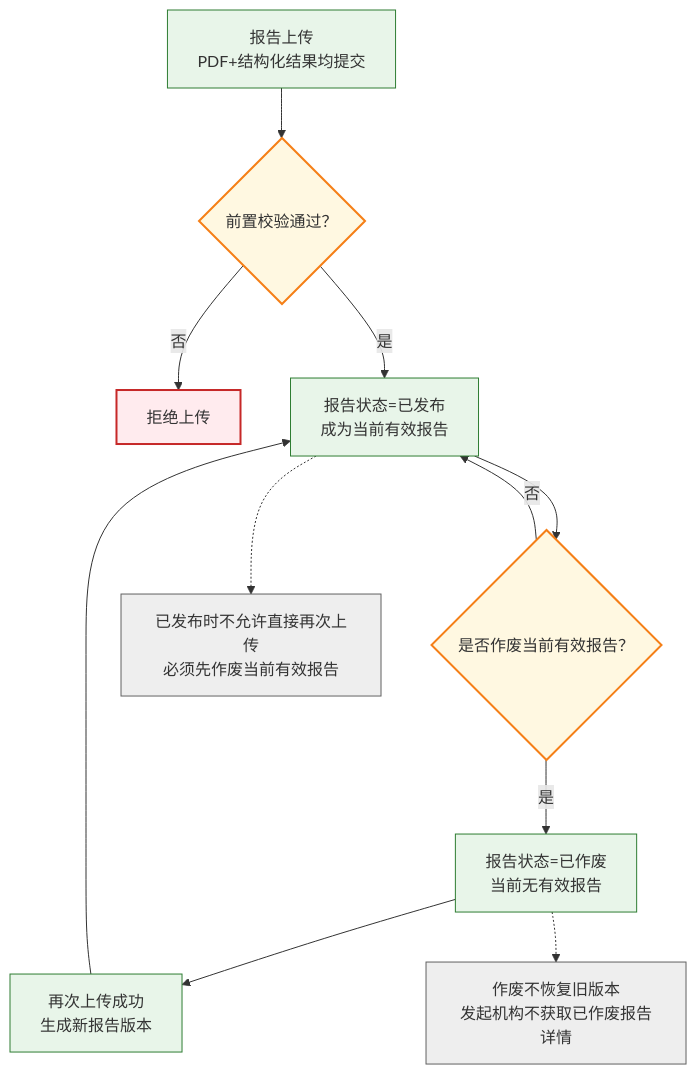
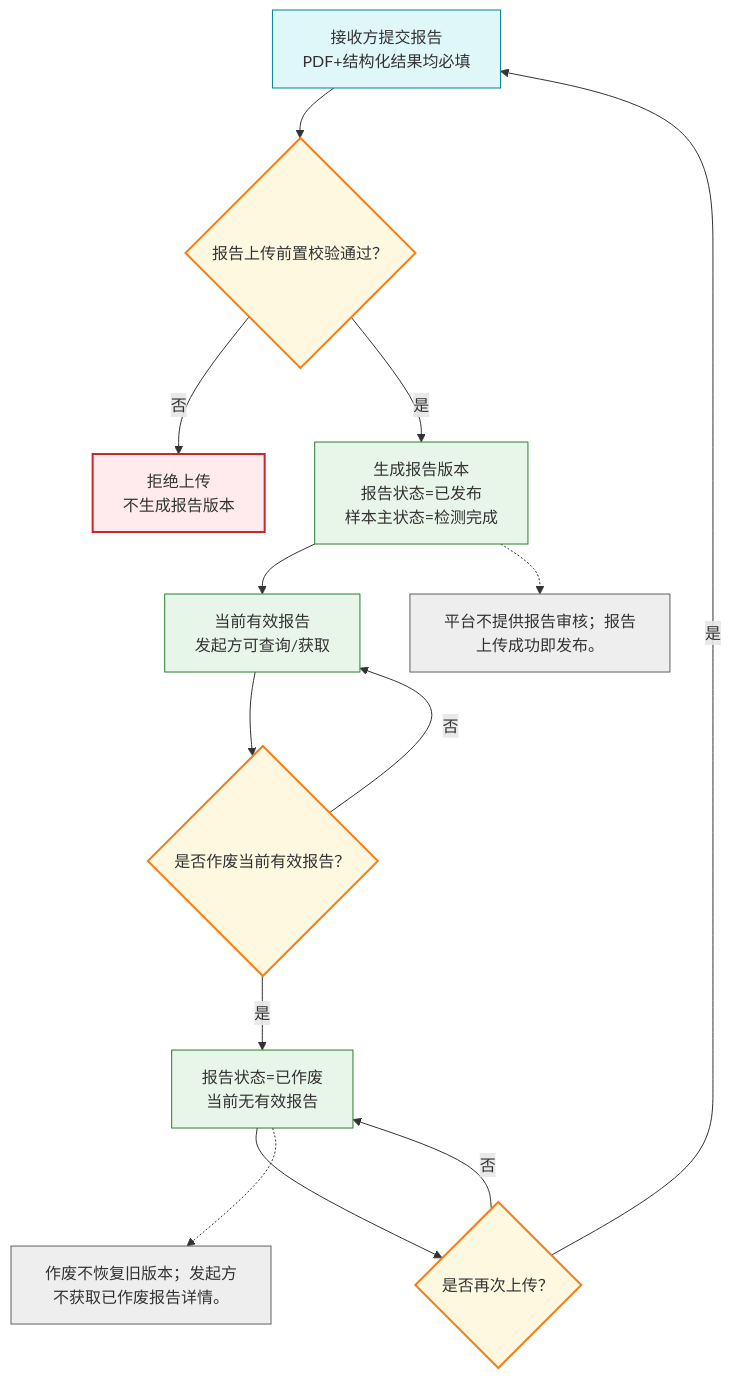
The fifth of 7 diagrams in 协同平台/政策文档/版本7/PRD_流程图_整合版.md (taskMain/Lis), drawn with Mermaid before and after one commit. The commit also changed other lines of this file and 2 other files, not shown here.

Commit message:
docs(PRD): 重构流程图整合版文档，提取条码流转主流程并补充子流程与规则说明，提升可读性与维护性

````diff
--- a/协同平台/政策文档/版本7/PRD_流程图_整合版.md
+++ b/协同平台/政策文档/版本7/PRD_流程图_整合版.md
@@ -248,27 +248,31 @@
 ```mermaid
 flowchart TD
     classDef process fill:#e8f5e9,stroke:#2e7d32,stroke-width:1px
     classDef decision fill:#fff8e1,stroke:#f57f17,stroke-width:2px
     classDef terminal fill:#ffebee,stroke:#c62828,stroke-width:2px
+    classDef actor fill:#e0f7fa,stroke:#00838f,stroke-width:1px
     classDef note fill:#eeeeee,stroke:#616161,stroke-width:1px
 
-    A["报告上传<br>PDF+结构化结果均提交"]:::process
-    B{"前置校验通过？"}:::decision
-    C["拒绝上传"]:::terminal
-    D["报告状态=已发布<br>成为当前有效报告"]:::process
-    E{"是否作废当前有效报告？"}:::decision
-    F["报告状态=已作废<br>当前无有效报告"]:::process
-    G["再次上传成功<br>生成新报告版本"]:::process
-    N1["已发布时不允许直接再次上传<br>必须先作废当前有效报告"]:::note
-    N2["作废不恢复旧版本<br>发起机构不获取已作废报告详情"]:::note
+    A["接收方提交报告<br>PDF+结构化结果均必填"]:::actor
+    B{"报告上传前置校验通过？"}:::decision
+    C["拒绝上传<br>不生成报告版本"]:::terminal
+    D["生成报告版本<br>报告状态=已发布<br>样本主状态=检测完成"]:::process
+    E["当前有效报告<br>发起方可查询/获取"]:::process
+    F{"是否作废当前有效报告？"}:::decision
+    G["报告状态=已作废<br>当前无有效报告"]:::process
+    H{"是否再次上传？"}:::decision
 
     A --> B
     B -->|"否"| C
-    B -->|"是"| D
-    D --> E
+    B -->|"是"| D --> E
+    E --> F
+    F -->|"否"| E
+    F -->|"是"| G --> H
+    H -->|"是"| A
+    H -->|"否"| G
+
+    N1["平台不提供报告审核；报告上传成功即发布。"]:::note
+    N2["作废不恢复旧版本；发起方不获取已作废报告详情。"]:::note
     D -.-> N1
-    E -->|"否"| D
-    E -->|"是"| F
-    F --> G --> D
-    F -.-> N2
+    G -.-> N2
 ```
````
